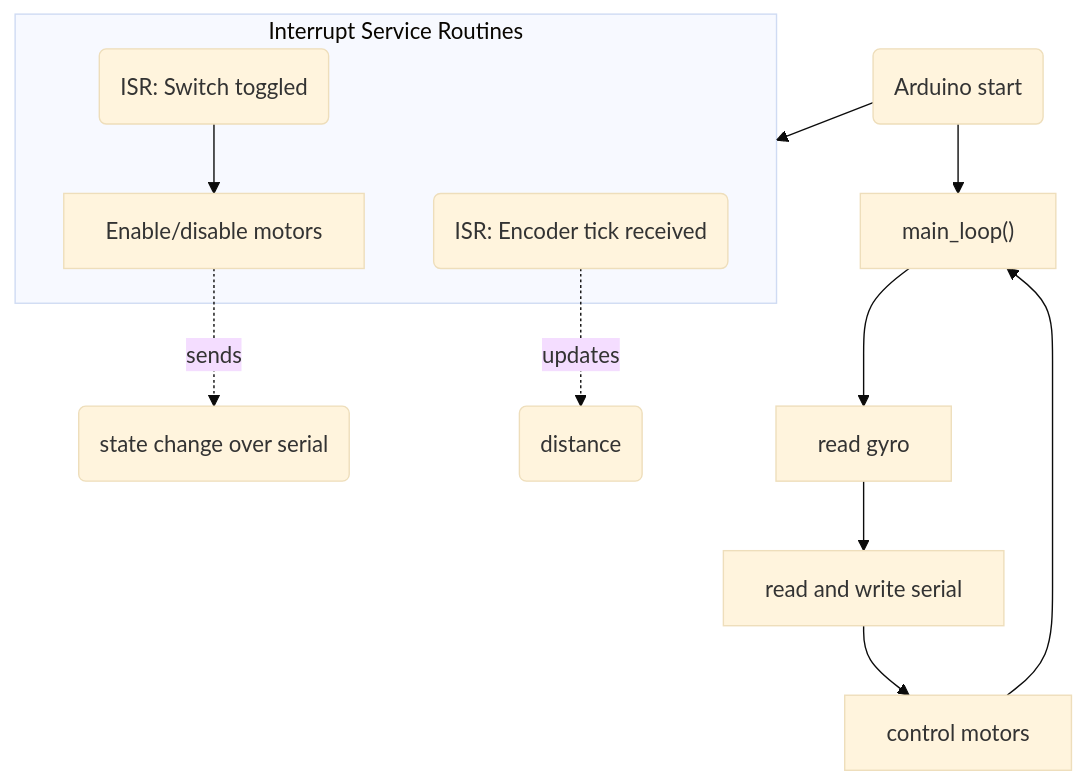
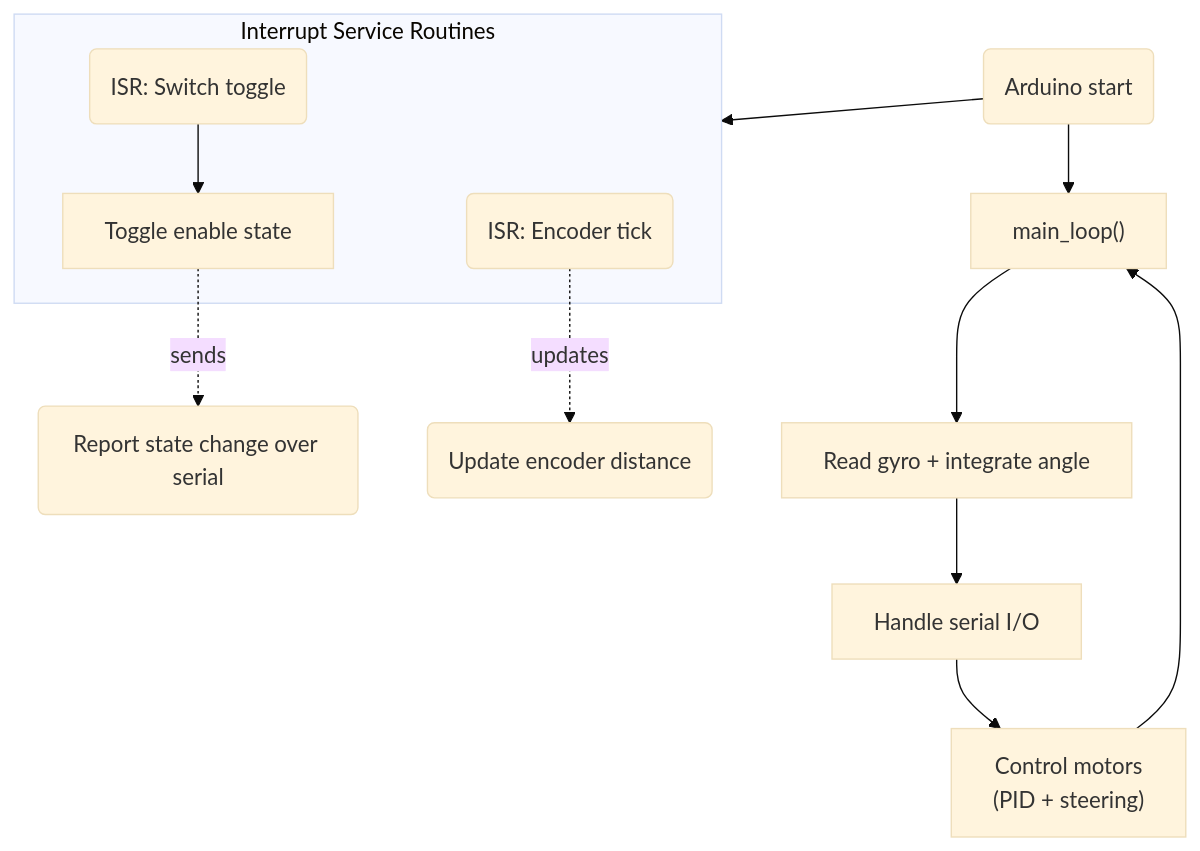
Before and after one commit to flawil-beavers/Future-Engineers_2025: the seventh of 7 diagrams in README.md, drawn with Mermaid (base theme). The commit also changed other lines of this file, not shown here.

````diff
--- a/README.md
+++ b/README.md
@@ -486,18 +488,19 @@
 ```mermaid
 flowchart TD
     program_start("Arduino start") --> ISR
     program_start --> main["main_loop()"]
-    main --> readgyro["read gyro"]
-    readgyro --> readserial["read and write serial"]
-    readserial --> controlmotors["control motors"]
+
+    main --> readgyro["Read gyro + integrate angle"]
+    readgyro --> readserial["Handle serial I/O"]
+    readserial --> controlmotors["Control motors
+     (PID + steering)"]
     controlmotors --> main
 
-    %% INTERRUPTS (run asynchronously)
 subgraph ISR["Interrupt Service Routines"]
-    I1("ISR: Encoder tick received")
-    I2("ISR: Switch toggled") --> EN["Enable/disable motors"]
+    I1("ISR: Encoder tick")
+    I2("ISR: Switch toggle") --> EN["Toggle enable state"]
 end
-EN -. sends .-> Ser("state change over serial")
-I1 -. updates .-> I1b("distance")
 
+EN -. sends .-> Ser("Report state change over serial")
+I1 -. updates .-> I1b("Update encoder distance")
 ```
````
